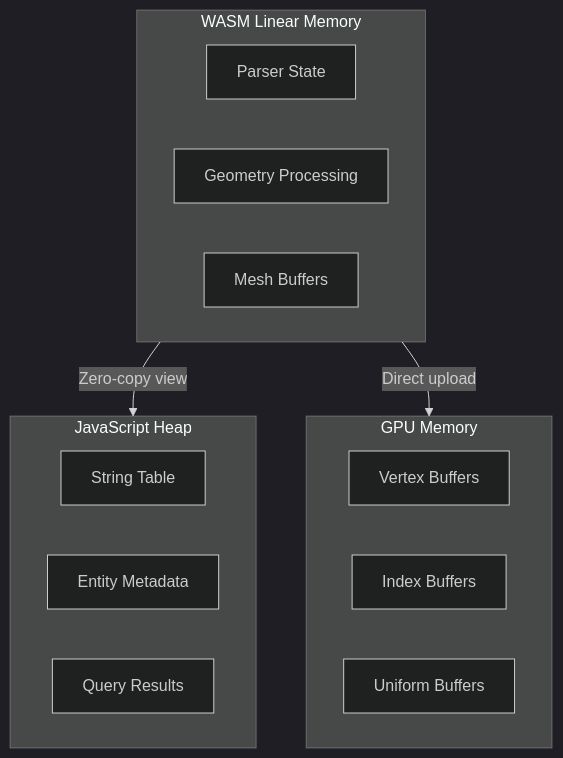
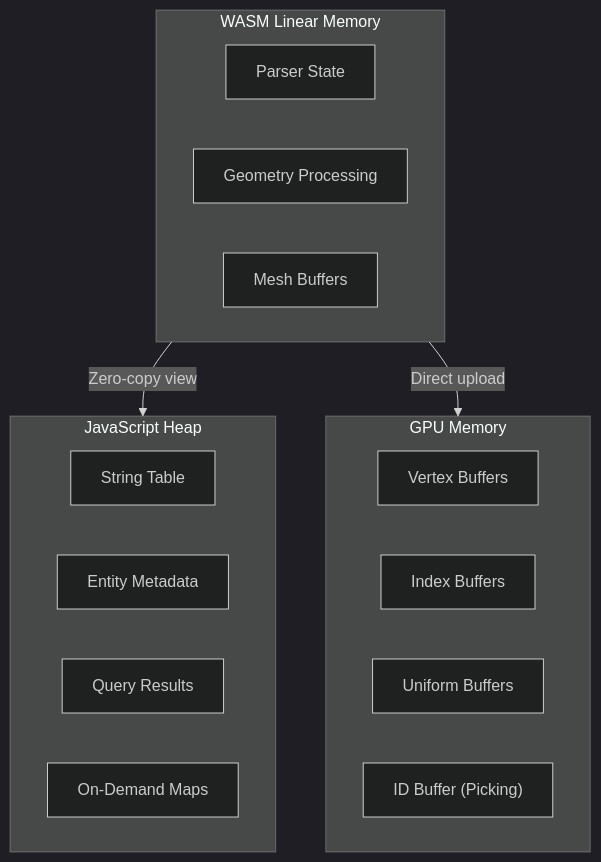
One commit to louistrue/ifc-lite changed diagram 12 of 17 in docs/architecture/overview.md. Above: the diagram before and after it, drawn with Mermaid (dark theme). The commit also changed other lines of this file and 7 other files, not shown here.

First line of the commit message:
docs: comprehensive update for server architecture, IFC5 support, and new features

````diff
--- a/docs/architecture/overview.md
+++ b/docs/architecture/overview.md
@@ -257,23 +423,25 @@
 ```mermaid
 graph TB
     subgraph JS["JavaScript Heap"]
         Strings["String Table"]
         Metadata["Entity Metadata"]
         Query["Query Results"]
+        OnDemand["On-Demand Maps"]
     end
 
     subgraph Wasm["WASM Linear Memory"]
         Parser["Parser State"]
         Geometry["Geometry Processing"]
         Buffers["Mesh Buffers"]
     end
 
     subgraph GPU["GPU Memory"]
         VBO["Vertex Buffers"]
         IBO["Index Buffers"]
         UBO["Uniform Buffers"]
+        ID["ID Buffer (Picking)"]
     end
 
     Wasm -->|"Zero-copy view"| JS
     Wasm -->|"Direct upload"| GPU
 ```
````
